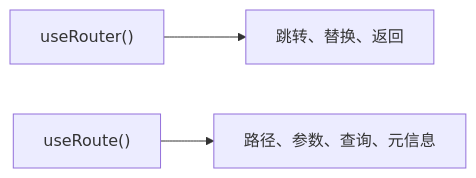
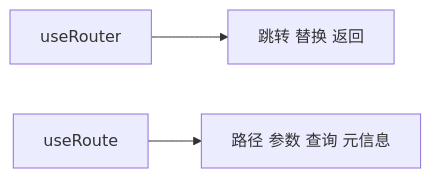
The first of 3 diagrams in _posts/2026-08-01-vue-common-objects.md (Tonite14/tonite14.github.io), drawn with Mermaid before and after one commit. The commit also changed other lines of this file, not shown here.

````diff
--- a/_posts/2026-08-01-vue-common-objects.md
+++ b/_posts/2026-08-01-vue-common-objects.md
@@ -29,5 +29,5 @@
 ```mermaid
-flowchart LR
-    A["useRouter()"] --> B[跳转、替换、返回]
-    C["useRoute()"] --> D[路径、参数、查询、元信息]
+graph LR
+    A[useRouter] --> B[跳转 替换 返回]
+    C[useRoute] --> D[路径 参数 查询 元信息]
 ```
````
